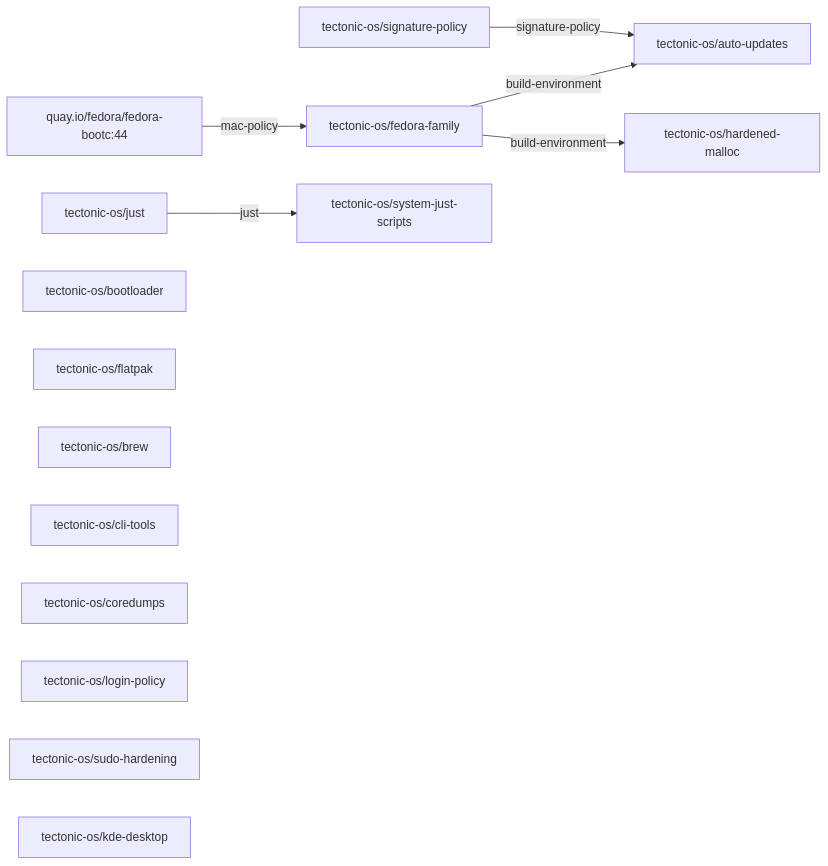
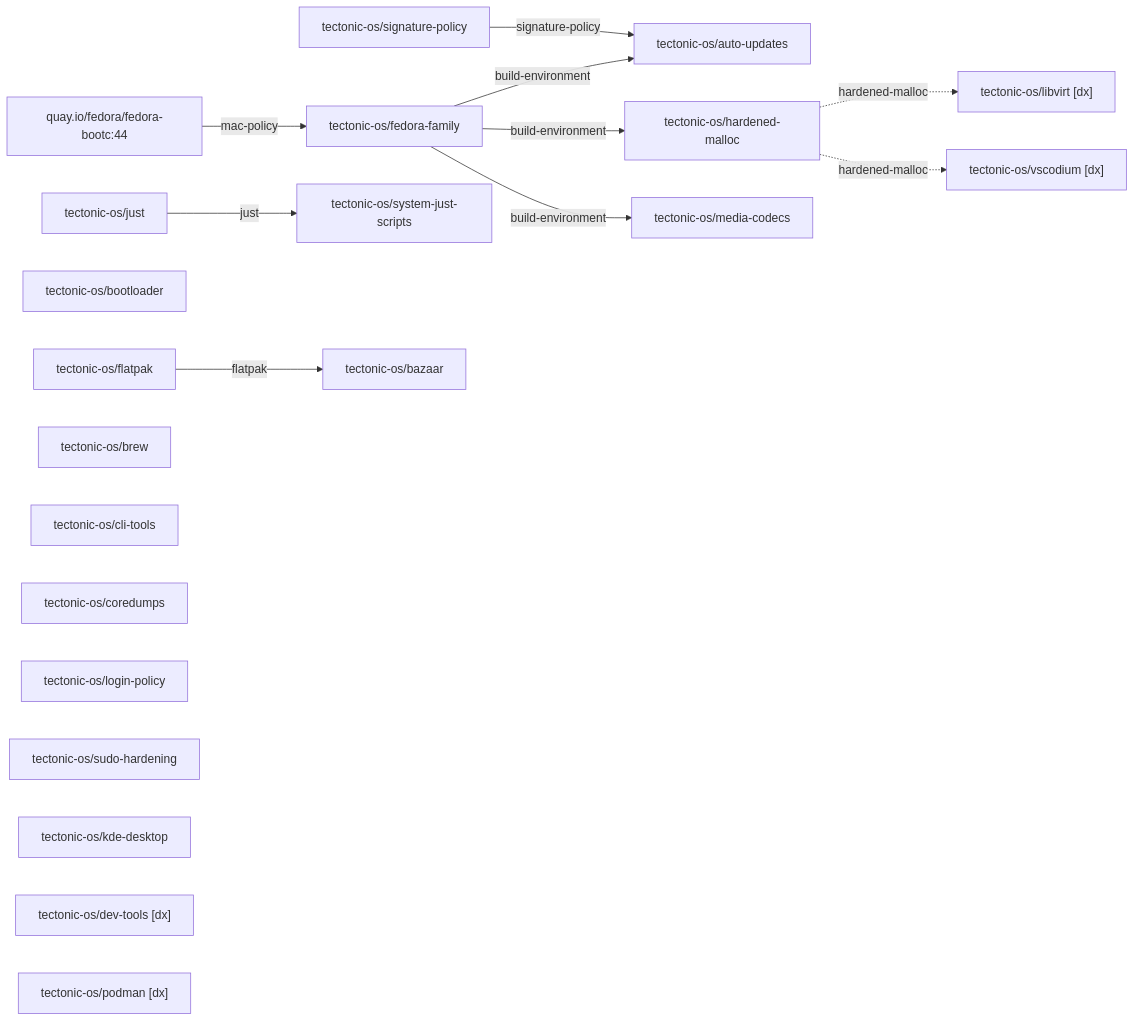
The diagram in generated/desktop.graph.md (tectonic-os/desktop), drawn with Mermaid before and after one commit. The commit also changed other lines of this file and 36 other files, not shown here.

````diff
--- a/generated/desktop.graph.md
+++ b/generated/desktop.graph.md
@@ -9,23 +9,33 @@
 ```mermaid
 graph LR
     base["quay.io/fedora/fedora-bootc:44"]
     m0["tectonic-os/fedora-family"]
     m1["tectonic-os/just"]
     m2["tectonic-os/bootloader"]
     m3["tectonic-os/signature-policy"]
     m4["tectonic-os/auto-updates"]
     m5["tectonic-os/system-just-scripts"]
     m6["tectonic-os/flatpak"]
     m7["tectonic-os/brew"]
     m8["tectonic-os/cli-tools"]
     m9["tectonic-os/coredumps"]
     m10["tectonic-os/login-policy"]
     m11["tectonic-os/hardened-malloc"]
     m12["tectonic-os/sudo-hardening"]
     m13["tectonic-os/kde-desktop"]
+    m14["tectonic-os/bazaar"]
+    m15["tectonic-os/media-codecs"]
+    m16["tectonic-os/dev-tools [dx]"]
+    m17["tectonic-os/podman [dx]"]
+    m18["tectonic-os/libvirt [dx]"]
+    m19["tectonic-os/vscodium [dx]"]
     base -->|"mac-policy"| m0
     m0 -->|"build-environment"| m4
     m0 -->|"build-environment"| m11
+    m0 -->|"build-environment"| m15
     m1 -->|"just"| m5
     m3 -->|"signature-policy"| m4
+    m6 -->|"flatpak"| m14
+    m11 -.->|"hardened-malloc"| m18
+    m11 -.->|"hardened-malloc"| m19
 ```
````
